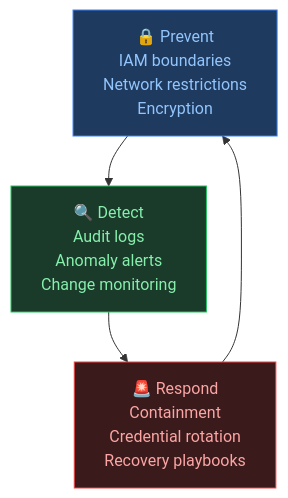
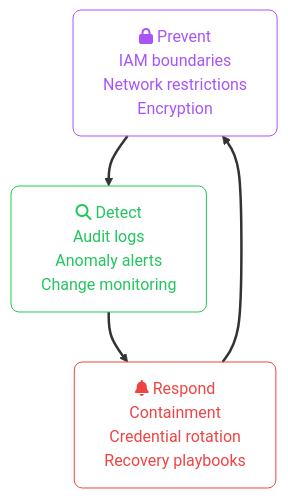
Before and after one commit to zafarale/cloudification: the first of 7 diagrams in src/content/cloud/common/security-foundations.mdx, drawn with Mermaid. The commit also changed other lines of this file and 84 other files, not shown here.

````diff
--- a/src/content/cloud/common/security-foundations.mdx
+++ b/src/content/cloud/common/security-foundations.mdx
@@ -32,14 +30,17 @@
 ```mermaid
 flowchart TD
-    P["🔒 Prevent\nIAM boundaries\nNetwork restrictions\nEncryption"]
-    D["🔍 Detect\nAudit logs\nAnomaly alerts\nChange monitoring"]
-    R["🚨 Respond\nContainment\nCredential rotation\nRecovery playbooks"]
+    accTitle: Security Design Mental Model
+    accDescr: Flowchart (td) showing Prevent IAM boundaries Network restrictions Encryption, Detect Audit logs Anomaly alerts Change monitoring, Respond Containment Credential rotation Recovery playbooks
+    classDef step fill:none,stroke:#a855f7,color:#a855f7,rx:8,ry:8
+    classDef ok   fill:none,stroke:#22c55e,color:#22c55e,rx:8,ry:8
+    classDef fail fill:none,stroke:#ef4444,color:#ef4444,rx:8,ry:8
+    linkStyle default stroke-width:2.5px
+
+    P["fa:fa-lock Prevent<br/>IAM boundaries<br/>Network restrictions<br/>Encryption"]:::step
+    D["fa:fa-magnifying-glass Detect<br/>Audit logs<br/>Anomaly alerts<br/>Change monitoring"]:::ok
+    R["fa:fa-bell Respond<br/>Containment<br/>Credential rotation<br/>Recovery playbooks"]:::fail
 
     P --> D
     D --> R
     R --> P
-
-    style P fill:#1e3a5f,stroke:#3b82f6,color:#93c5fd
-    style D fill:#1a3a2a,stroke:#22c55e,color:#86efac
-    style R fill:#3a1a1a,stroke:#ef4444,color:#fca5a5
 ```
````
